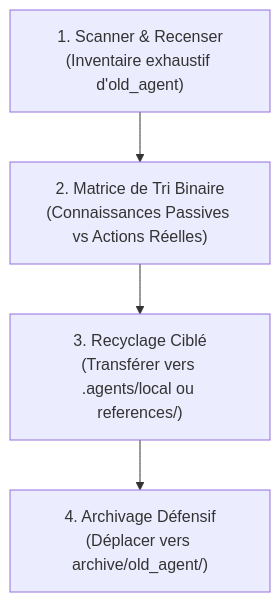
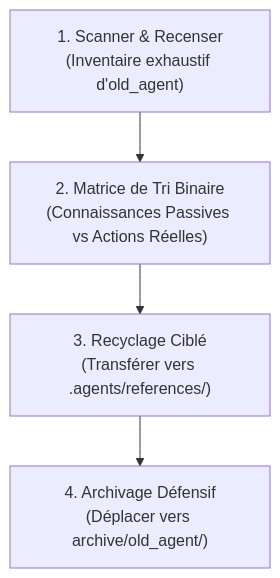
One commit to solicode-lms/app changed the diagram in .agents/skills/project-setup/resources/legacy-migration-playbook.md. Above: the diagram before and after it, drawn with Mermaid. The commit also changed other lines of this file and 8 other files, not shown here.

````diff
--- a/.agents/skills/project-setup/resources/legacy-migration-playbook.md
+++ b/.agents/skills/project-setup/resources/legacy-migration-playbook.md
@@ -21,6 +21,6 @@
 ```mermaid
 flowchart TD
     Scan["1. Scanner & Recenser<br>(Inventaire exhaustif d'old_agent)"] --> Tri["2. Matrice de Tri Binaire<br>(Connaissances Passives vs Actions Réelles)"]
-    Tri --> Recyclage["3. Recyclage Ciblé<br>(Transférer vers .agents/local ou references/)"]
+    Tri --> Recyclage["3. Recyclage Ciblé<br>(Transférer vers .agents/references/)"]
     Recyclage --> Archivage["4. Archivage Défensif<br>(Déplacer vers archive/old_agent/)"]
 ```
````
